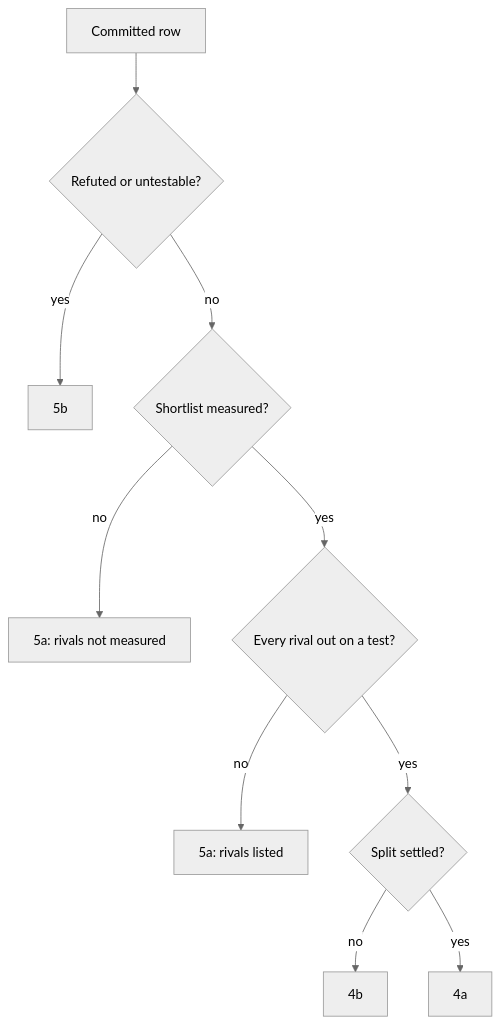
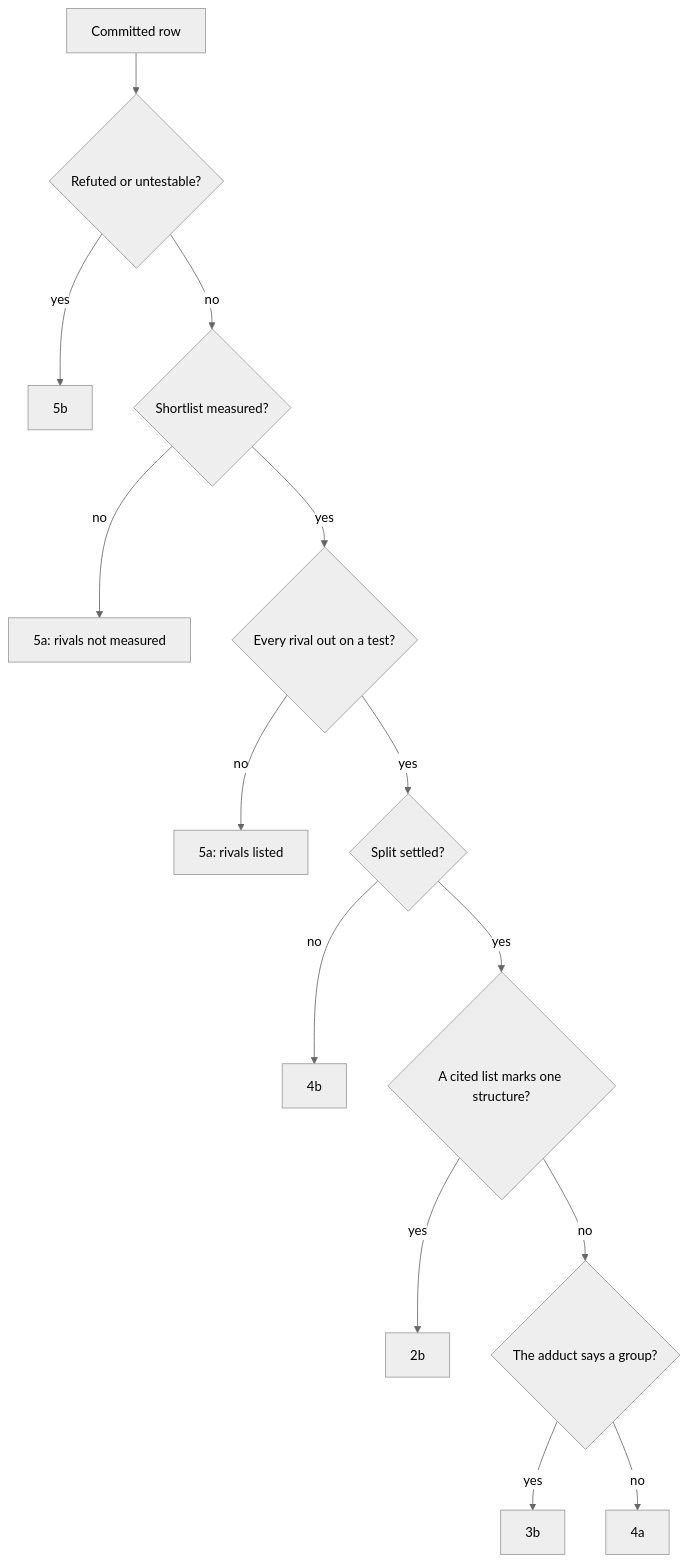
The first of 5 diagrams in docs/user/how-it-works/peak-assignment.md (ultra-trace-systems/mascope), drawn with Mermaid (neutral theme) before and after one commit. The commit also changed other lines of this file and 16 other files, not shown here.

````diff
--- a/docs/user/how-it-works/peak-assignment.md
+++ b/docs/user/how-it-works/peak-assignment.md
@@ -1366,12 +1368,16 @@
 ```mermaid
 flowchart TD
   A[Committed row] --> B{"Refuted or untestable?"}
   B -- yes --> L5b[5b]
   B -- no --> C{Shortlist measured?}
   C -- no --> L5a1["5a: rivals not measured"]
   C -- yes --> D{"Every rival out on a test?"}
   D -- no --> L5a2["5a: rivals listed"]
   D -- yes --> E{Split settled?}
   E -- no --> L4b[4b]
-  E -- yes --> L4a[4a]
+  E -- yes --> F{"A cited list marks one structure?"}
+  F -- yes --> L2b[2b]
+  F -- no --> G{"The adduct says a group?"}
+  G -- yes --> L3b[3b]
+  G -- no --> L4a[4a]
 ```
````
